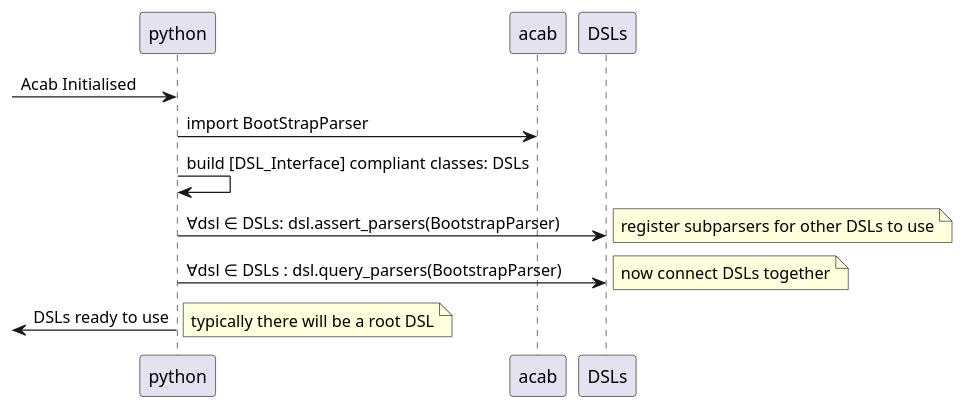
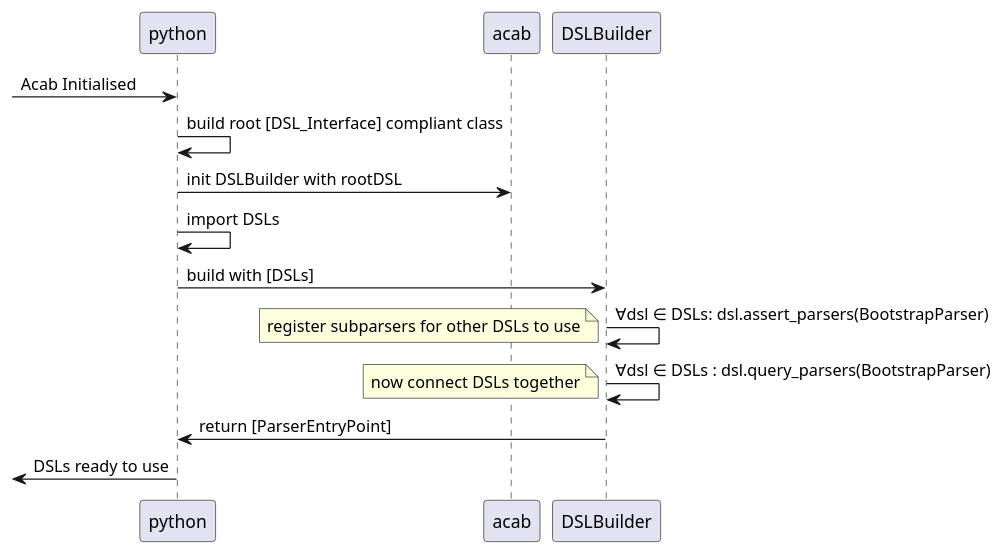
The third of 4 diagrams in docs/structure.org (jgrey4296/acab), drawn with PlantUML before and after one commit. The commit also changed other lines of this file, not shown here.

```diff
--- a/docs/structure.org
+++ b/docs/structure.org
@@ -84,11 +97,13 @@
 #+begin_src plantuml :results value verbatim :preview t
-[-> python : Acab Initialised
-python -> acab : import BootStrapParser
-python -> python : build [DSL_Interface] compliant classes: DSLs
-python -> DSLs : ∀dsl ∈ DSLs: dsl.assert_parsers(BootstrapParser)
-note right: register subparsers for other DSLs to use
-python -> DSLs : ∀dsl ∈ DSLs : dsl.query_parsers(BootstrapParser)
-note right: now connect DSLs together
-python ->[ : DSLs ready to use
-note left : typically there will be a root DSL
+[-> python               : Acab Initialised
+python -> python         : build root [DSL_Interface] compliant class
+python -> acab           : init DSLBuilder with rootDSL
+python -> python         : import DSLs
+python -> DSLBuilder     : build with [DSLs]
+DSLBuilder -> DSLBuilder : ∀dsl ∈ DSLs: dsl.assert_parsers(BootstrapParser)
+note left: register subparsers for other DSLs to use
+DSLBuilder -> DSLBuilder : ∀dsl ∈ DSLs : dsl.query_parsers(BootstrapParser)
+note left: now connect DSLs together
+DSLBuilder -> python     : return [ParserEntryPoint]
+python->[                : DSLs ready to use
 #+end_src
```
